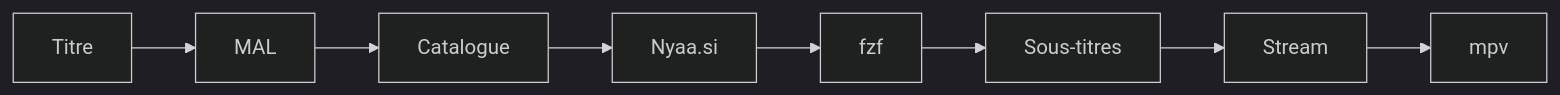
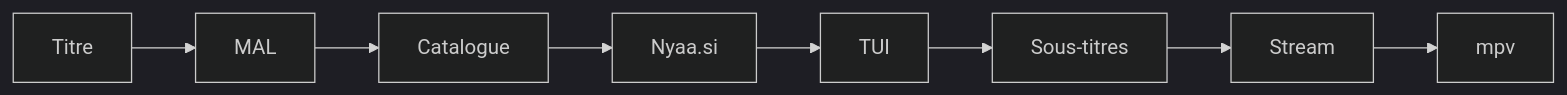
The diagram in README.md (CloudDown/annie), drawn with Mermaid (dark theme) before and after one commit. The commit also changed other lines of this file and 13 other files, not shown here.

First line of the commit message:
Replace fzf with an in-process terminal TUI for interactive menus.

````diff
--- a/README.md
+++ b/README.md
@@ -372,10 +358,10 @@
 ```mermaid
 flowchart LR
     A[Titre] --> B[MAL]
     B --> C[Catalogue]
     C --> D[Nyaa.si]
-    D --> E[fzf]
+    D --> E[TUI]
     E --> F[Sous-titres]
     F --> G[Stream]
     G --> H[mpv]
 ```
````
